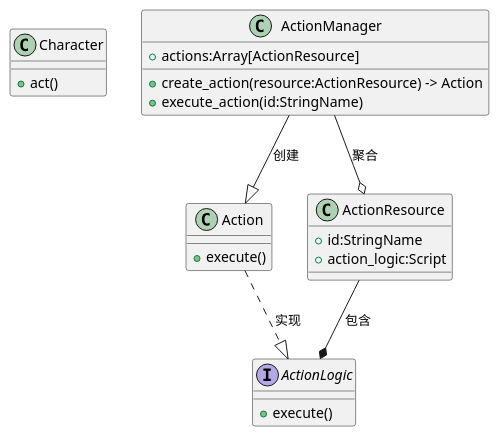
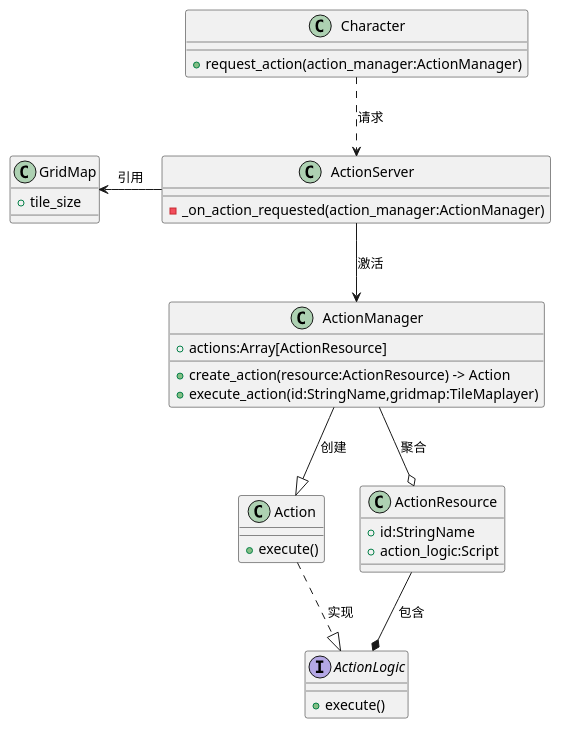
The diagram in 程序架构/action.org (minkieyume/nightcat-srpg), drawn with PlantUML before and after one commit. The commit also changed 4 other files, not shown here.

```diff
--- a/程序架构/action.org
+++ b/程序架构/action.org
@@ -7,25 +7,34 @@
 #+begin_src plantuml :file action_struct.png
 class Character{
-+ act()
++ request_action(action_manager:ActionManager)
 }
 class Action{
 + execute()
 }
 class ActionManager{
 + actions:Array[ActionResource]
 + create_action(resource:ActionResource) -> Action
-+ execute_action(id:StringName)
++ execute_action(id:StringName,gridmap:TileMaplayer)
 }
 class ActionResource{
 + id:StringName
 + action_logic:Script
+}
+class ActionServer{
+- _on_action_requested(action_manager:ActionManager)
+}
+class GridMap{
++ tile_size
 }
 interface ActionLogic{
 + execute()
 }
 
 Action ..|> ActionLogic : 实现
 ActionManager --|> Action : 创建
 ActionManager --o ActionResource : 聚合
 ActionResource --* ActionLogic : 包含
+Character ..> ActionServer : 请求
+ActionServer --> ActionManager : 激活
+ActionServer -left-> GridMap : 引用
 #+end_src
```
